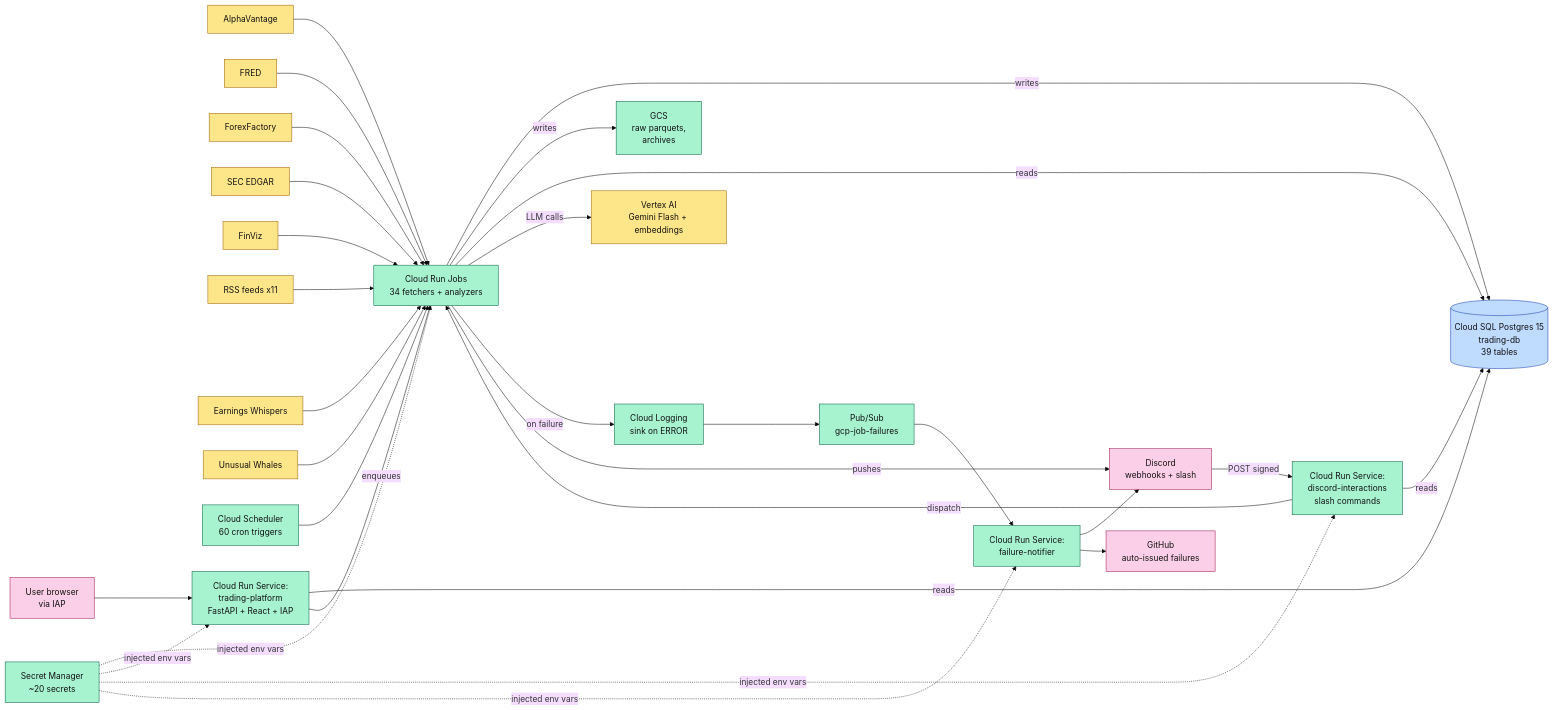
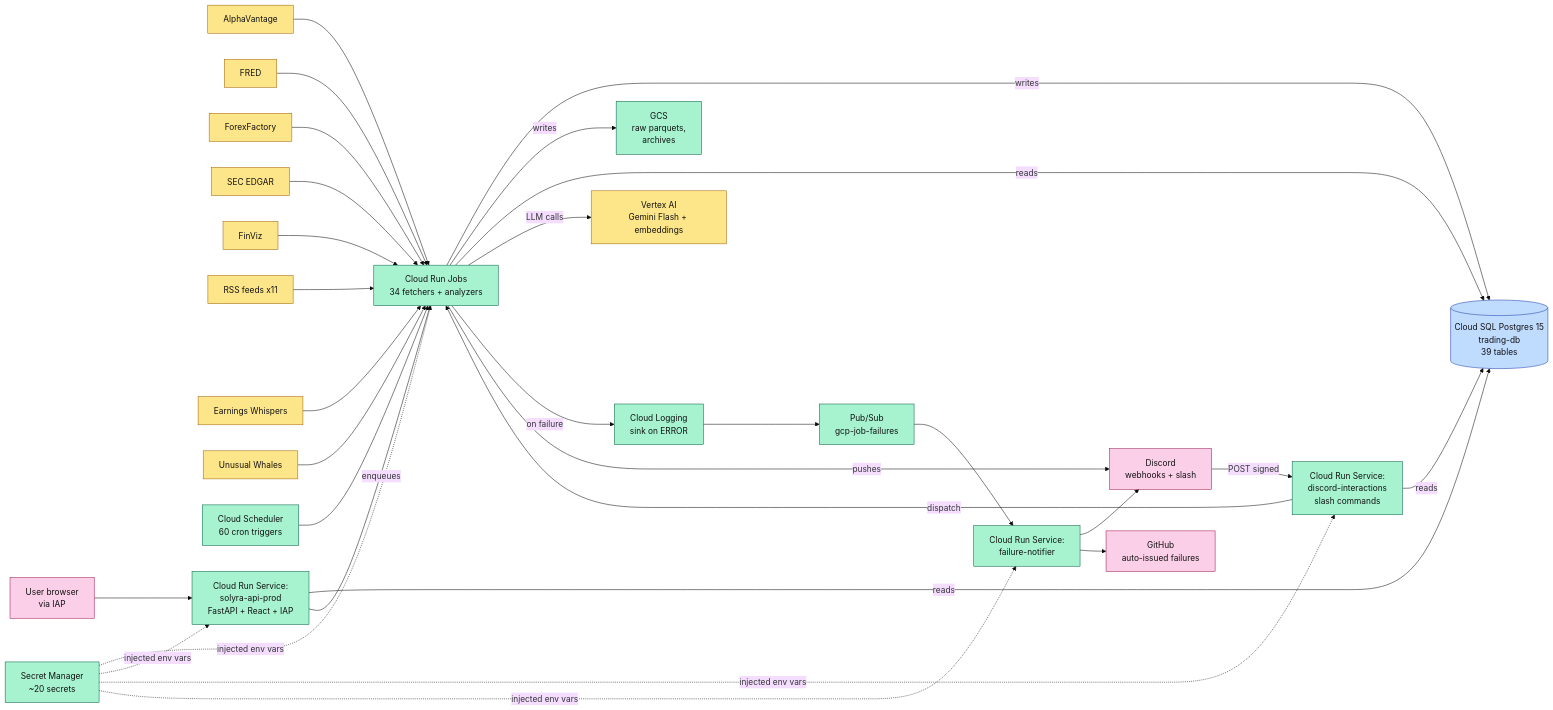
The first of 9 diagrams in docs/GCP_ARCHITECTURE.md (TeneikaAskew/stocks), drawn with Mermaid (base theme) before and after one commit. The commit also changed other lines of this file and 32 other files, not shown here.

````diff
--- a/docs/GCP_ARCHITECTURE.md
+++ b/docs/GCP_ARCHITECTURE.md
@@ -52,56 +52,56 @@
 ```mermaid
 flowchart LR
     classDef ext fill:#fde68a,stroke:#a16207,color:#111
     classDef gcp fill:#a7f3d0,stroke:#065f46,color:#111
     classDef db  fill:#bfdbfe,stroke:#1e40af,color:#111
     classDef out fill:#fbcfe8,stroke:#9d174d,color:#111
 
     AV[AlphaVantage]:::ext
     FRED[FRED]:::ext
     FF[ForexFactory]:::ext
     EDGAR[SEC EDGAR]:::ext
     FV[FinViz]:::ext
     RSS[RSS feeds x11]:::ext
     EW[Earnings Whispers]:::ext
     UW[Unusual Whales]:::ext
 
     SCH[Cloud Scheduler<br/>60 cron triggers]:::gcp
     JOBS[Cloud Run Jobs<br/>34 fetchers + analyzers]:::gcp
-    SVC1[Cloud Run Service:<br/>trading-platform<br/>FastAPI + React + IAP]:::gcp
+    SVC1[Cloud Run Service:<br/>solyra-api-prod<br/>FastAPI + React + IAP]:::gcp
     SVC2[Cloud Run Service:<br/>discord-interactions<br/>slash commands]:::gcp
     SVC3[Cloud Run Service:<br/>failure-notifier]:::gcp
     GCS[GCS<br/>raw parquets,<br/>archives]:::gcp
     SQL[(Cloud SQL Postgres 15<br/>trading-db<br/>39 tables)]:::db
     SECR[Secret Manager<br/>~20 secrets]:::gcp
     PS[Pub/Sub<br/>gcp-job-failures]:::gcp
     LG[Cloud Logging<br/>sink on ERROR]:::gcp
     VAI[Vertex AI<br/>Gemini Flash + embeddings]:::ext
 
     DSC[Discord<br/>webhooks + slash]:::out
     GH[GitHub<br/>auto-issued failures]:::out
     USR[User browser<br/>via IAP]:::out
 
     AV & FRED & FF & EDGAR & FV & RSS & EW & UW --> JOBS
     SCH --> JOBS
     JOBS -- writes --> SQL
     JOBS -- writes --> GCS
     JOBS -- reads --> SQL
     JOBS -- LLM calls --> VAI
 
     USR --> SVC1
     SVC1 -- reads --> SQL
     SVC1 -- enqueues --> JOBS
 
     DSC -- POST signed --> SVC2
     SVC2 -- dispatch --> JOBS
     SVC2 -- reads --> SQL
 
     JOBS -- on failure --> LG
     LG --> PS
     PS --> SVC3
     SVC3 --> DSC
     SVC3 --> GH
 
     JOBS -- pushes --> DSC
     SECR -. injected env vars .-> JOBS & SVC1 & SVC2 & SVC3
 ```
````
